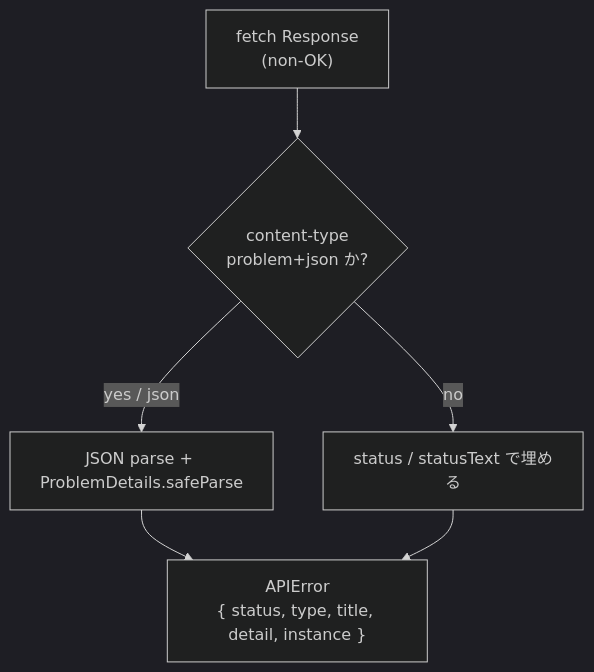
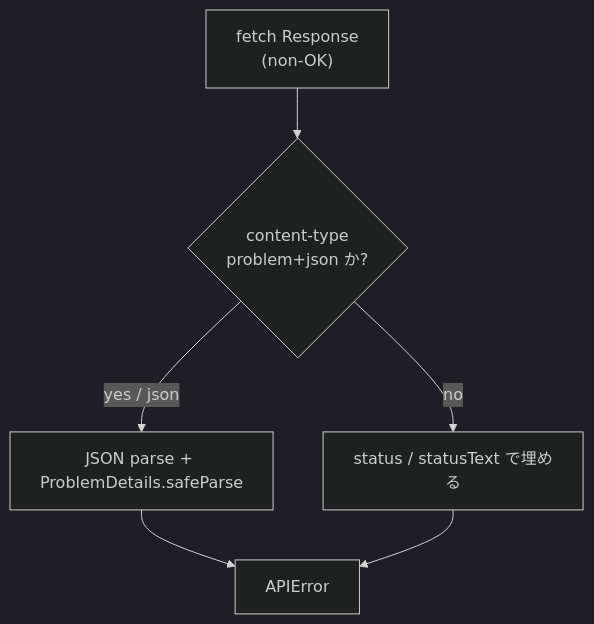
One commit to ddbj/db-portal changed the third of 3 diagrams in docs/api-types.md. Above: the diagram before and after it, drawn with Mermaid (dark theme). The commit also changed other lines of this file and 14 other files, not shown here.

````diff
--- a/docs/api-types.md
+++ b/docs/api-types.md
@@ -100,14 +100,14 @@
 ```mermaid
 flowchart TD
   R["fetch Response<br/>(non-OK)"]
   CT{"content-type<br/>problem+json か?"}
   PJ["JSON parse + ProblemDetails.safeParse"]
   Fallback["status / statusText で埋める"]
-  E["APIError<br/>{ status, type, title, detail, instance }"]
+  E["APIError"]
 
   R --> CT
   CT -- "yes / json" --> PJ
   CT -- "no" --> Fallback
   PJ --> E
   Fallback --> E
 ```
````
